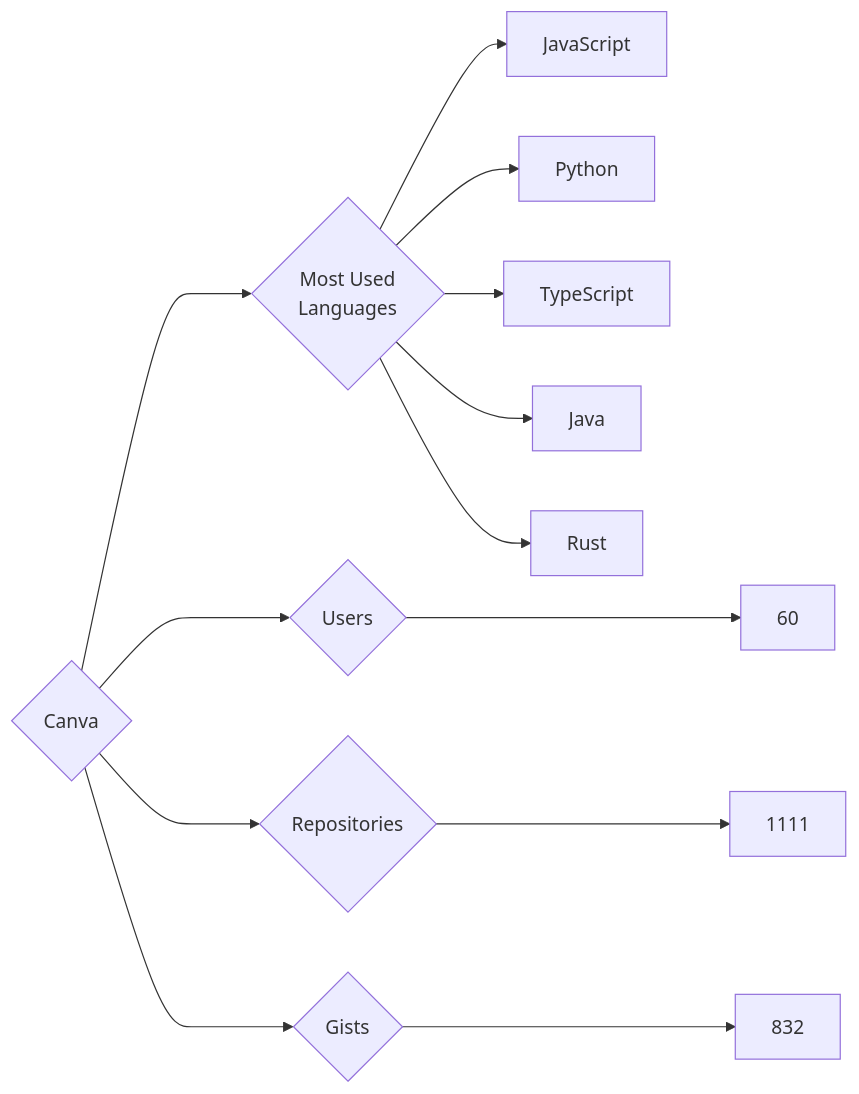
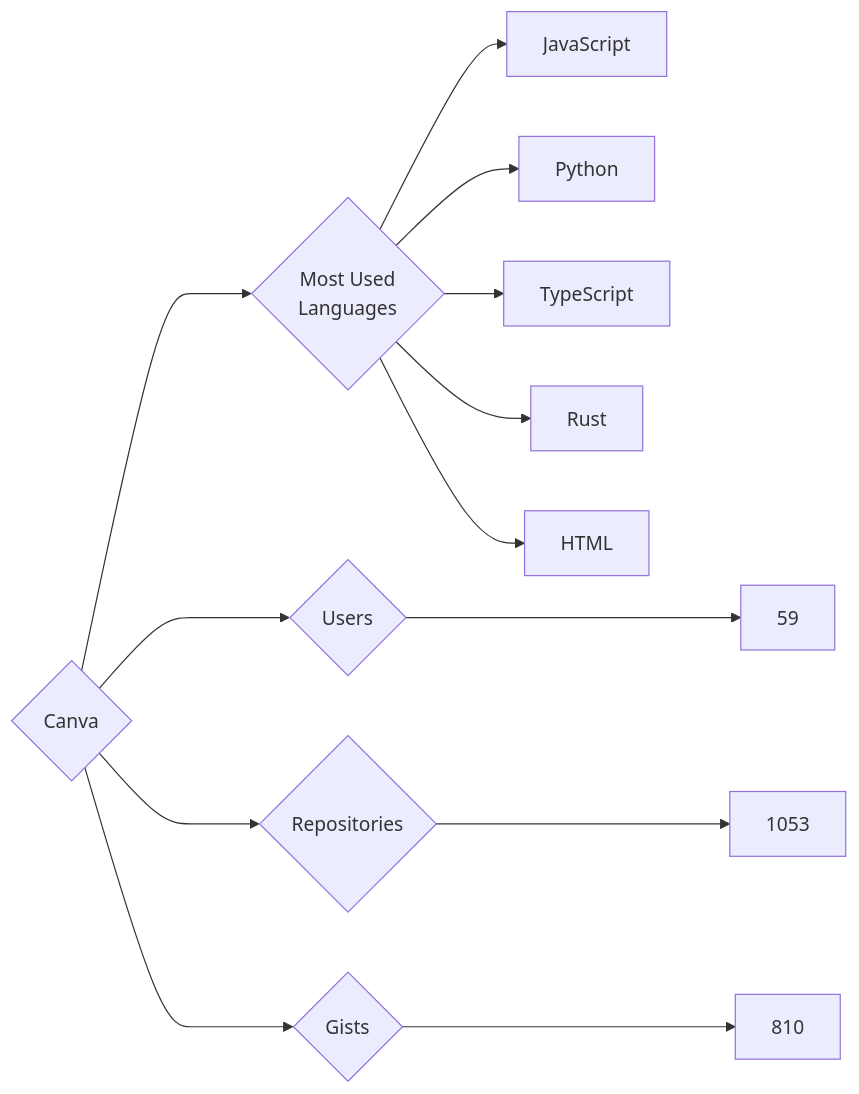
One commit to trickest/insiders changed the diagram in targets/Canva/README.md. Above: the diagram before and after it, drawn with Mermaid. The commit also changed 916 other files, not shown here.

````diff
--- a/targets/Canva/README.md
+++ b/targets/Canva/README.md
@@ -3,13 +3,13 @@
 ```mermaid
 graph LR
 COMPANY_NAME{Canva}
-COMPANY_NAME ---> U{Users} ---> UN[60]
-COMPANY_NAME ---> R{Repositories} ---> RN[1111]
-COMPANY_NAME ---> G{Gists} ---> GN[832]
+COMPANY_NAME ---> U{Users} ---> UN[59]
+COMPANY_NAME ---> R{Repositories} ---> RN[1053]
+COMPANY_NAME ---> G{Gists} ---> GN[810]
 COMPANY_NAME ---> ML{Most Used<br>Languages}
 ML --> JavaScript[JavaScript]
 ML --> Python[Python]
 ML --> TypeScript[TypeScript]
-ML --> Java[Java]
 ML --> Rust[Rust]
+ML --> HTML[HTML]
 ```
````
